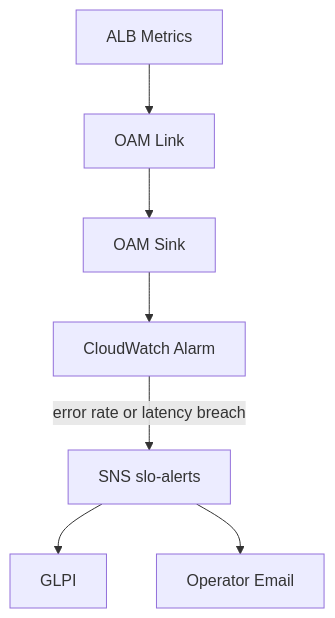
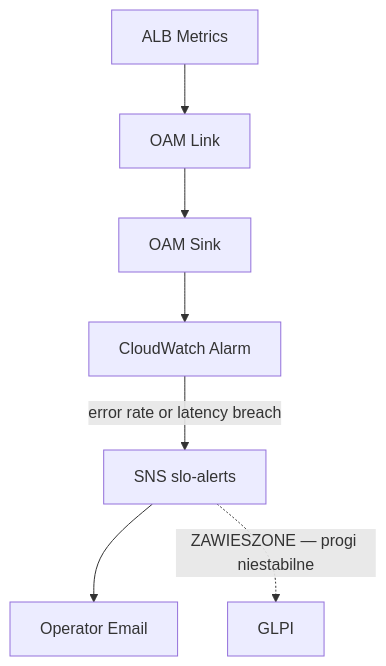
The second of 6 diagrams in 20-projects/internal/llz/observability-architecture-confluence.md (JarekGie/devops-knowledge), drawn with Mermaid before and after one commit. The commit also changed other lines of this file and 3 other files, not shown here.

````diff
--- a/20-projects/internal/llz/observability-architecture-confluence.md
+++ b/20-projects/internal/llz/observability-architecture-confluence.md
@@ -98,9 +102,9 @@
 ```mermaid
 graph TD
     A[ALB Metrics] --> B[OAM Link]
     B --> C[OAM Sink]
     C --> D[CloudWatch Alarm]
     D -->|error rate or latency breach| E[SNS slo-alerts]
-    E --> F[GLPI]
     E --> G[Operator Email]
+    E -.->|ZAWIESZONE — progi niestabilne| F[GLPI]
 ```
````
